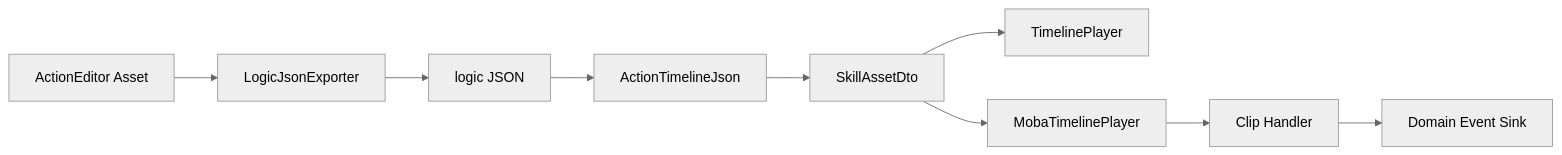
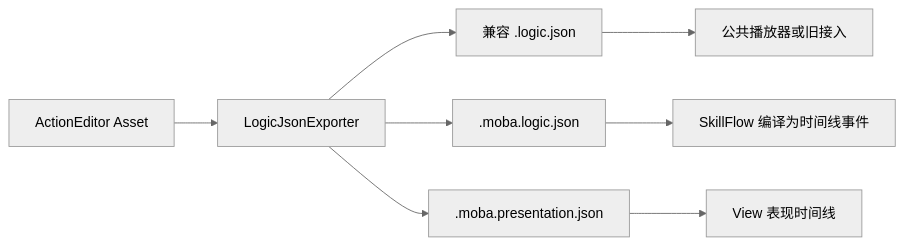
The first of 2 diagrams in Docs/design/05-CommonModules/08-ActionTimelineDataAndPlayback.md (HOBOBO/AbilityKit), drawn with Mermaid (neutral theme) before and after one commit. The commit also changed other lines of this file and 1327 other files, not shown here.

````diff
--- a/Docs/design/05-CommonModules/08-ActionTimelineDataAndPlayback.md
+++ b/Docs/design/05-CommonModules/08-ActionTimelineDataAndPlayback.md
@@ -59,11 +59,10 @@
 ```mermaid
 flowchart LR
     Editor[ActionEditor Asset] --> Exporter[LogicJsonExporter]
-    Exporter --> Json[logic JSON]
-    Json --> Loader[ActionTimelineJson]
-    Loader --> Dto[SkillAssetDto]
-    Dto --> Public[TimelinePlayer]
-    Dto --> Moba[MobaTimelinePlayer]
-    Moba --> Handler[Clip Handler]
-    Handler --> Sink[Domain Event Sink]
+    Exporter --> Legacy[兼容 .logic.json]
+    Legacy --> Public[公共播放器或旧接入]
+    Exporter --> Logic[.moba.logic.json]
+    Exporter --> Presentation[.moba.presentation.json]
+    Logic --> Compiler[SkillFlow 编译为时间线事件]
+    Presentation --> View[View 表现时间线]
 ```
````
